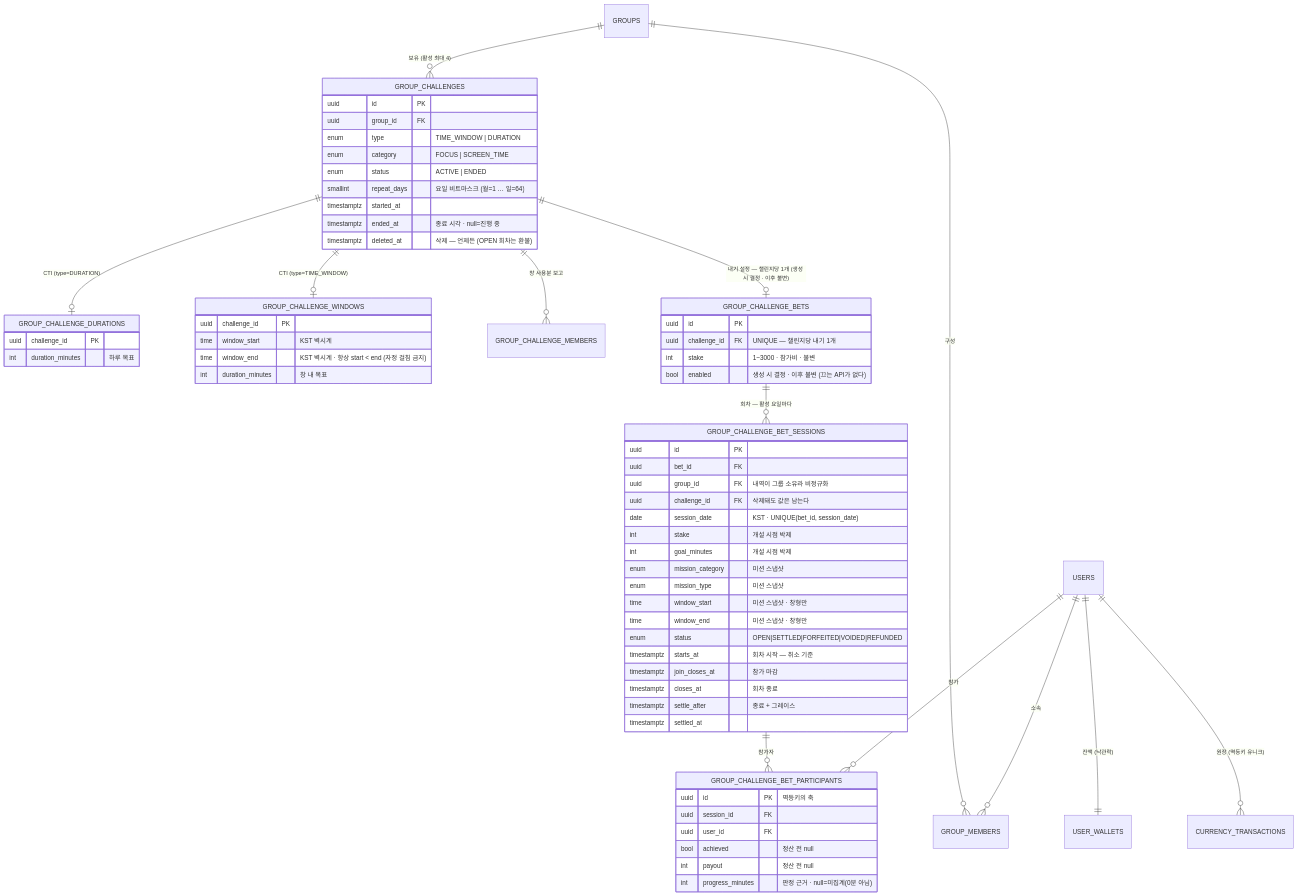
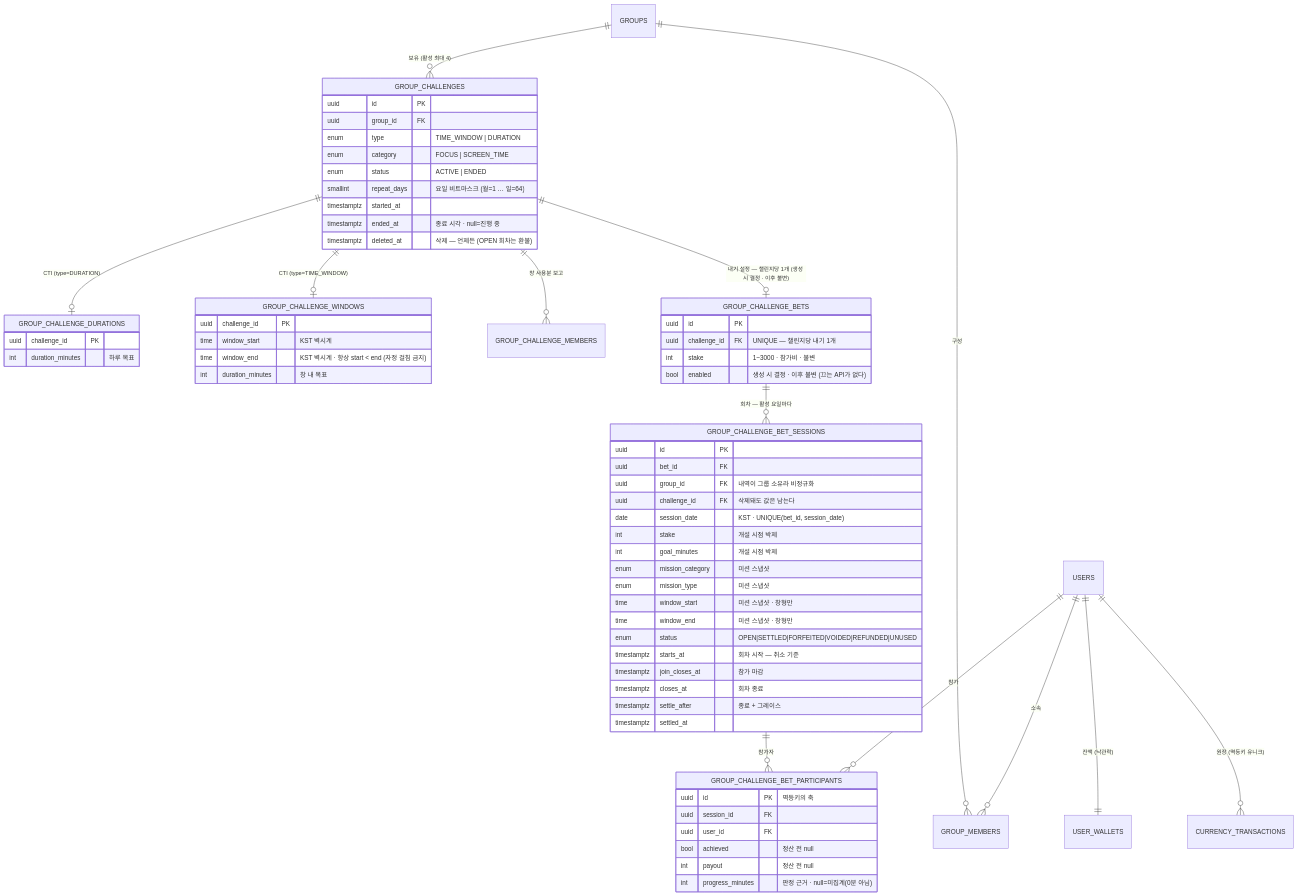
One commit to OneOrThree/phone changed the fourth of 11 diagrams in docs/prd/challenge/information-architecture.md. Above: the diagram before and after it, drawn with Mermaid. The commit also changed other lines of this file and 4 other files, not shown here.

````diff
--- a/docs/prd/challenge/information-architecture.md
+++ b/docs/prd/challenge/information-architecture.md
@@ -194,73 +194,73 @@
 ```mermaid
 erDiagram
     GROUPS ||--o{ GROUP_CHALLENGES : "보유 (활성 최대 4)"
     GROUPS ||--o{ GROUP_MEMBERS : "구성"
     USERS ||--o{ GROUP_MEMBERS : "소속"
 
     GROUP_CHALLENGES ||--o| GROUP_CHALLENGE_DURATIONS : "CTI (type=DURATION)"
     GROUP_CHALLENGES ||--o| GROUP_CHALLENGE_WINDOWS : "CTI (type=TIME_WINDOW)"
     GROUP_CHALLENGES ||--o{ GROUP_CHALLENGE_MEMBERS : "창 사용분 보고"
     GROUP_CHALLENGES ||--o| GROUP_CHALLENGE_BETS : "내기 설정 — 챌린지당 1개 (생성 시 결정 · 이후 불변)"
 
     GROUP_CHALLENGE_BETS ||--o{ GROUP_CHALLENGE_BET_SESSIONS : "회차 — 활성 요일마다"
     GROUP_CHALLENGE_BET_SESSIONS ||--o{ GROUP_CHALLENGE_BET_PARTICIPANTS : "참가자"
     USERS ||--o{ GROUP_CHALLENGE_BET_PARTICIPANTS : "참가"
 
     USERS ||--|| USER_WALLETS : "잔액 (낙관락)"
     USERS ||--o{ CURRENCY_TRANSACTIONS : "원장 (멱등키 유니크)"
 
     GROUP_CHALLENGES {
         uuid id PK
         uuid group_id FK
         enum type "TIME_WINDOW | DURATION"
         enum category "FOCUS | SCREEN_TIME"
         enum status "ACTIVE | ENDED"
         smallint repeat_days "요일 비트마스크 (월=1 … 일=64)"
         timestamptz started_at
         timestamptz ended_at "종료 시각 · null=진행 중"
         timestamptz deleted_at "삭제 — 언제든 (OPEN 회차는 환불)"
     }
     GROUP_CHALLENGE_DURATIONS {
         uuid challenge_id PK
         int duration_minutes "하루 목표"
     }
     GROUP_CHALLENGE_WINDOWS {
         uuid challenge_id PK
         time window_start "KST 벽시계"
         time window_end "KST 벽시계 · 항상 start < end (자정 걸침 금지)"
         int duration_minutes "창 내 목표"
     }
     GROUP_CHALLENGE_BETS {
         uuid id PK
         uuid challenge_id FK "UNIQUE — 챌린지당 내기 1개"
         int stake "1~3000 · 참가비 · 불변"
         bool enabled "생성 시 결정 · 이후 불변 (끄는 API가 없다)"
     }
     GROUP_CHALLENGE_BET_SESSIONS {
         uuid id PK
         uuid bet_id FK
         uuid group_id FK "내역이 그룹 소유라 비정규화"
         uuid challenge_id FK "삭제돼도 값은 남는다"
         date session_date "KST · UNIQUE(bet_id, session_date)"
         int stake "개설 시점 박제"
         int goal_minutes "개설 시점 박제"
         enum mission_category "미션 스냅샷"
         enum mission_type "미션 스냅샷"
         time window_start "미션 스냅샷 · 창형만"
         time window_end "미션 스냅샷 · 창형만"
-        enum status "OPEN|SETTLED|FORFEITED|VOIDED|REFUNDED"
+        enum status "OPEN|SETTLED|FORFEITED|VOIDED|REFUNDED|UNUSED"
         timestamptz starts_at "회차 시작 — 취소 기준"
         timestamptz join_closes_at "참가 마감"
         timestamptz closes_at "회차 종료"
         timestamptz settle_after "종료 + 그레이스"
         timestamptz settled_at
     }
     GROUP_CHALLENGE_BET_PARTICIPANTS {
         uuid id PK "멱등키의 축"
         uuid session_id FK
         uuid user_id FK
         bool achieved "정산 전 null"
         int payout "정산 전 null"
         int progress_minutes "판정 근거 · null=미집계(0분 아님)"
     }
 ```
````
